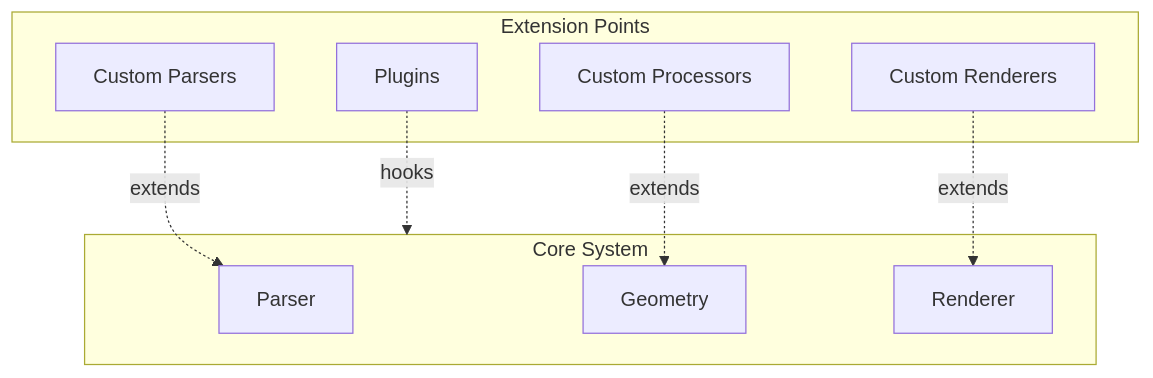
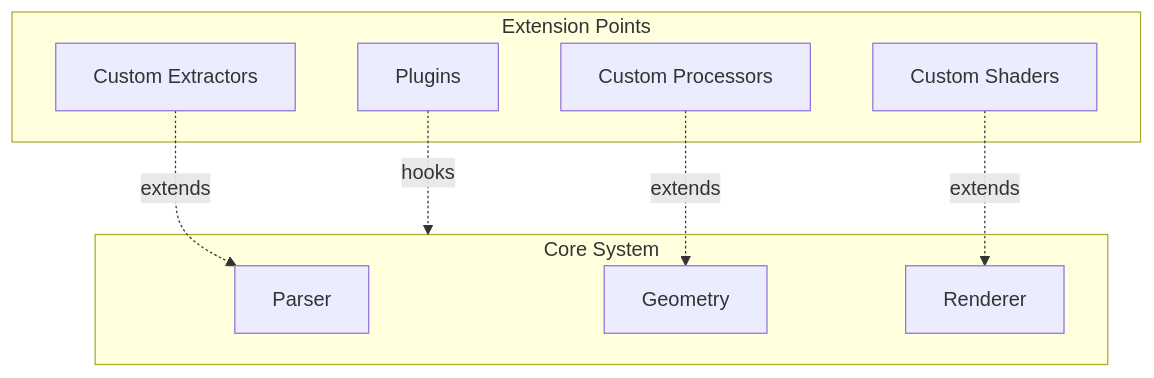
Diagram 16 of 17 in docs/architecture/overview.md (louistrue/ifc-lite), drawn with Mermaid before and after one commit. The commit also changed other lines of this file and 7 other files, not shown here.

First line of the commit message:
docs: comprehensive update for server architecture, IFC5 support, and new features

````diff
--- a/docs/architecture/overview.md
+++ b/docs/architecture/overview.md
@@ -323,20 +546,20 @@
 ```mermaid
 graph TB
     subgraph Core["Core System"]
         Parser["Parser"]
         Geometry["Geometry"]
         Renderer["Renderer"]
     end
 
     subgraph Extensions["Extension Points"]
-        CustomParser["Custom Parsers"]
+        CustomExtractor["Custom Extractors"]
         CustomProcessor["Custom Processors"]
-        CustomRenderer["Custom Renderers"]
+        CustomShaders["Custom Shaders"]
         Plugins["Plugins"]
     end
 
-    CustomParser -.->|extends| Parser
+    CustomExtractor -.->|extends| Parser
     CustomProcessor -.->|extends| Geometry
-    CustomRenderer -.->|extends| Renderer
+    CustomShaders -.->|extends| Renderer
     Plugins -.->|hooks| Core
 ```
````
